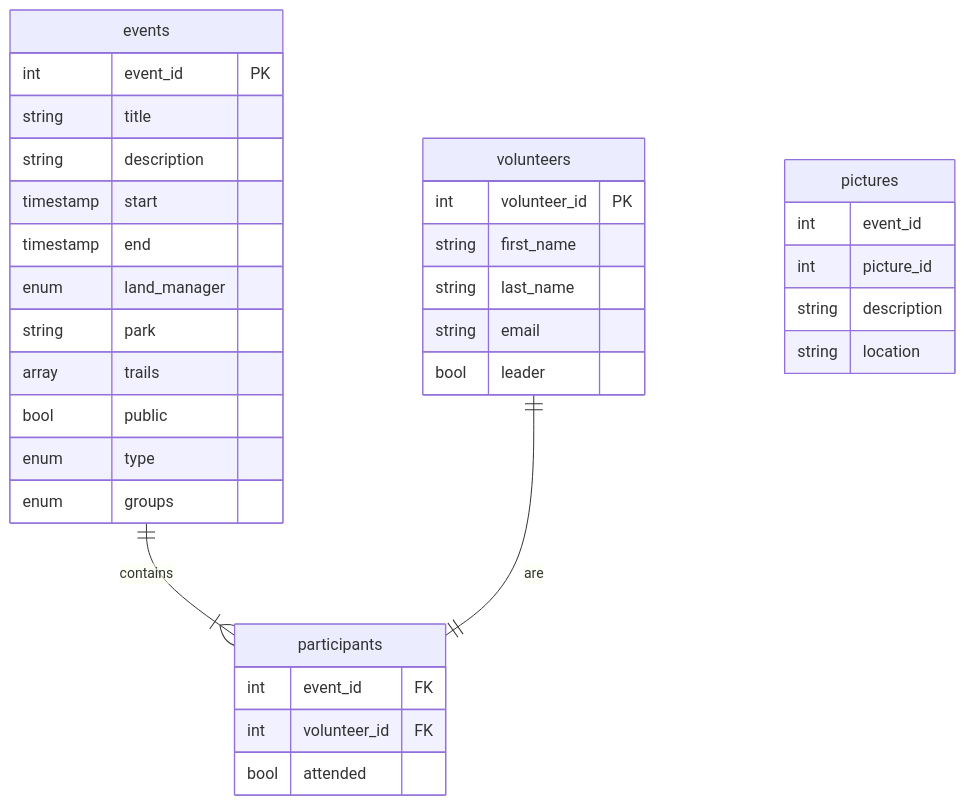
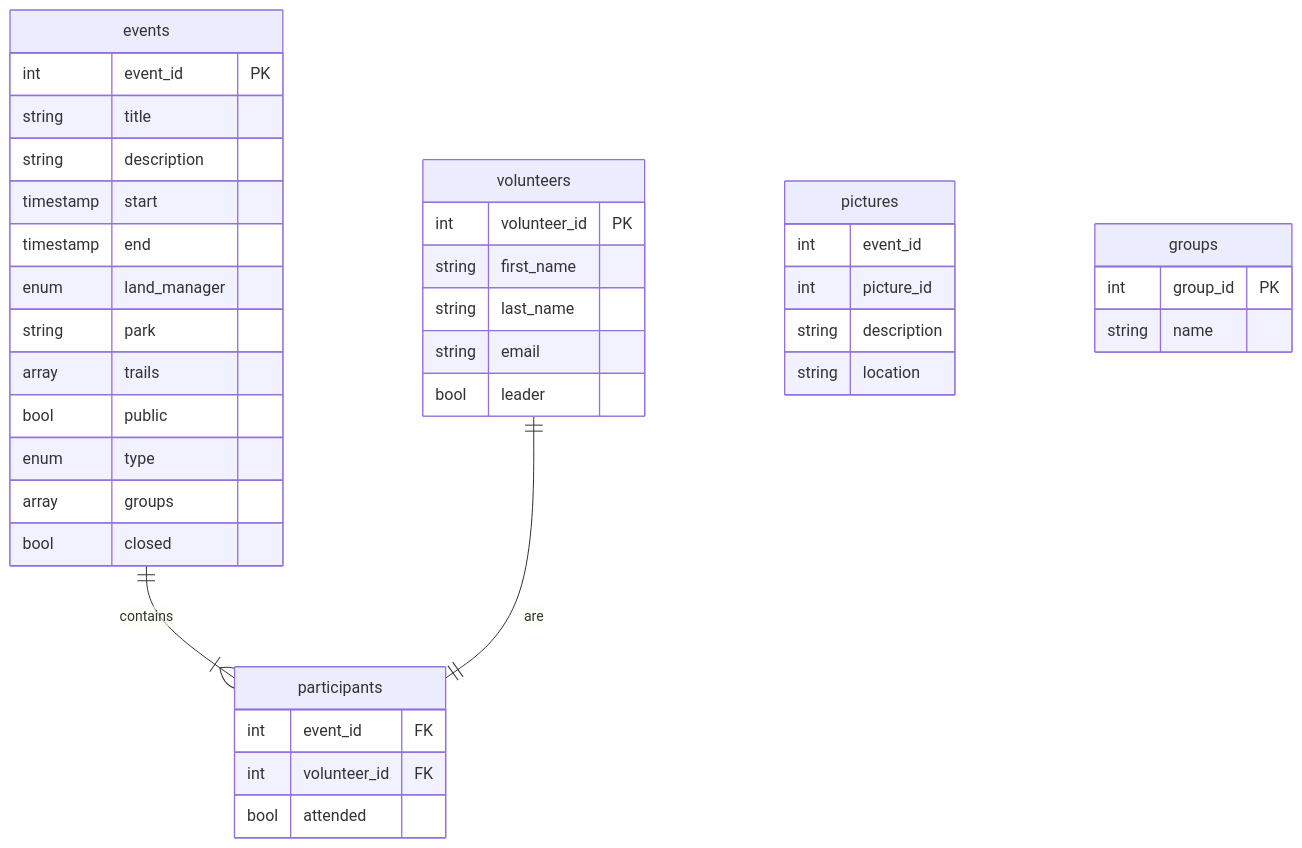
One commit to trailrunnervolunteers/trv-website changed the diagram in docs/database.md. Above: the diagram before and after it, drawn with Mermaid.

Commit message:
Make groups its own table that goes to an array, add closed bool

````diff
--- a/docs/database.md
+++ b/docs/database.md
@@ -7,36 +7,41 @@
 ```mermaid
 erDiagram
     events ||--|{ participants: contains
     volunteers ||--|| participants: are
     events {
         int event_id PK
         string title
         string description
         timestamp start
         timestamp end
         enum land_manager
         string park
         array trails
         bool public
         enum type
-        enum groups
+        array groups
+        bool closed
     }
     participants {
         int event_id FK
         int volunteer_id FK
         bool attended
     }
     volunteers {
         int volunteer_id PK
         string first_name
         string last_name
         string email
         bool leader
     }
     pictures {
         int event_id
         int picture_id
         string description
         string location
     }
+    groups {
+        int group_id PK
+        string name
+    }
 ```
````
